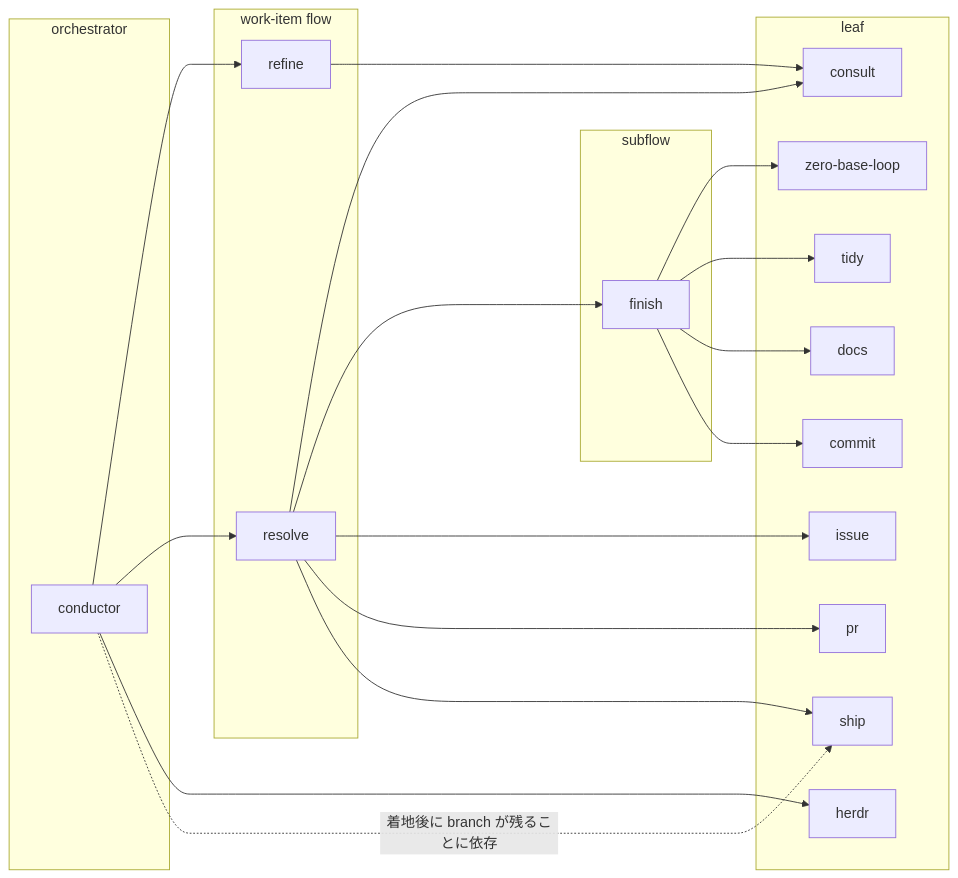
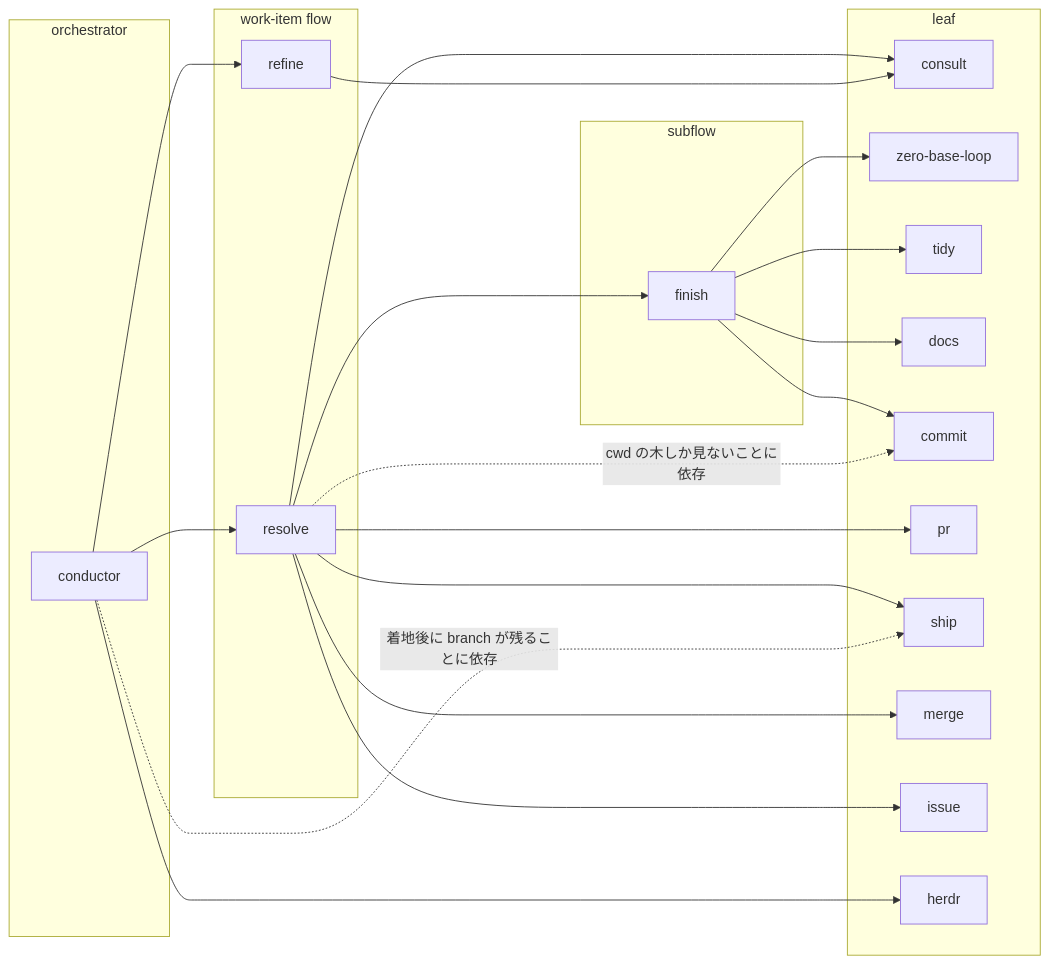
Before and after one commit to usagizmo/agentfiles: the first of 2 diagrams in agents/docs/structure.md, drawn with Mermaid. The commit also changed other lines of this file and 2 other files, not shown here.

````diff
--- a/agents/docs/structure.md
+++ b/agents/docs/structure.md
@@ -25,39 +21,42 @@
 ```mermaid
 flowchart LR
     subgraph orch[orchestrator]
         CO[conductor]
     end
     subgraph flow["work-item flow"]
         RF[refine]
         RS[resolve]
     end
     subgraph sub[subflow]
         FI[finish]
     end
     subgraph leaf[leaf]
         CS[consult]
         ZB[zero-base-loop]
         TD[tidy]
         DC[docs]
         CM[commit]
         PR[pr]
         SH[ship]
+        ME[merge]
         IS[issue]
         HD[herdr]
     end
 
     CO --> RF
     CO --> RS
     CO --> HD
     CO -.->|着地後に branch が残ることに依存| SH
+    RS -.->|cwd の木しか見ないことに依存| CM
     RF --> CS
     RS --> CS
     RS --> FI
     RS --> IS
     RS --> PR
     RS --> SH
+    RS --> ME
     FI --> ZB
     FI --> TD
     FI --> DC
     FI --> CM
 ```
````
